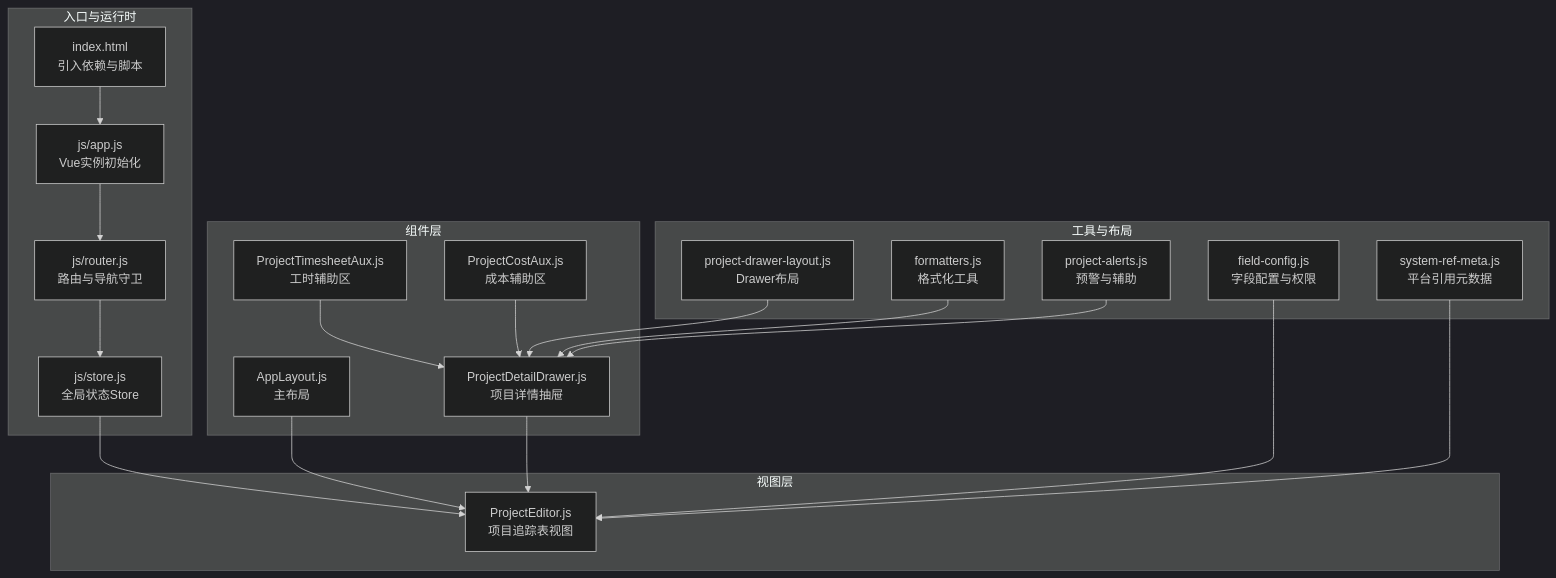
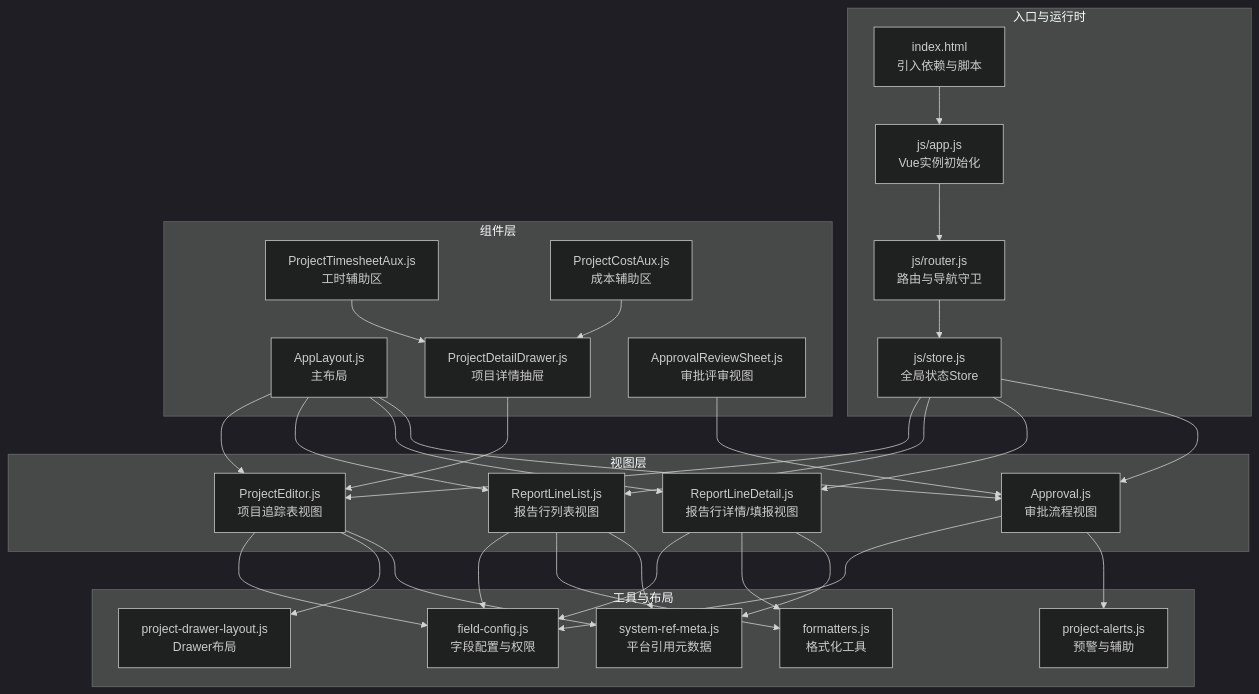
Before and after one commit to marcelxu0272/202605_project-tracking-table: the first of 11 diagrams in .qoder/repowiki/zh/content/前端架构/组件系统/组件系统.md, drawn with Mermaid (dark theme). The commit also changed other lines of this file and 17 other files, not shown here.

````diff
--- a/.qoder/repowiki/zh/content/前端架构/组件系统/组件系统.md
+++ b/.qoder/repowiki/zh/content/前端架构/组件系统/组件系统.md
@@ -56,36 +63,53 @@
 ```mermaid
 graph TB
 subgraph "入口与运行时"
 A["index.html<br/>引入依赖与脚本"]
 B["js/app.js<br/>Vue实例初始化"]
 C["js/router.js<br/>路由与导航守卫"]
 D["js/store.js<br/>全局状态Store"]
 end
 subgraph "组件层"
 E["AppLayout.js<br/>主布局"]
 F["ProjectDetailDrawer.js<br/>项目详情抽屉"]
 G["ProjectTimesheetAux.js<br/>工时辅助区"]
 H["ProjectCostAux.js<br/>成本辅助区"]
+I["ApprovalReviewSheet.js<br/>审批评审视图"]
 end
 subgraph "视图层"
-I["ProjectEditor.js<br/>项目追踪表视图"]
+J["ProjectEditor.js<br/>项目追踪表视图"]
+K["ReportLineList.js<br/>报告行列表视图"]
+L["ReportLineDetail.js<br/>报告行详情/填报视图"]
+M["Approval.js<br/>审批流程视图"]
 end
 subgraph "工具与布局"
-J["project-drawer-layout.js<br/>Drawer布局"]
-K["field-config.js<br/>字段配置与权限"]
-L["formatters.js<br/>格式化工具"]
-M["project-alerts.js<br/>预警与辅助"]
-N["system-ref-meta.js<br/>平台引用元数据"]
+N["project-drawer-layout.js<br/>Drawer布局"]
+O["field-config.js<br/>字段配置与权限"]
+P["formatters.js<br/>格式化工具"]
+Q["project-alerts.js<br/>预警与辅助"]
+R["system-ref-meta.js<br/>平台引用元数据"]
 end
 A --> B --> C --> D
-D --> I
-E --> I
-F --> I
+D --> J
+D --> K
+D --> L
+D --> M
+E --> J
+E --> K
+E --> L
+E --> M
+F --> J
 G --> F
 H --> F
-J --> F
-K --> I
-L --> F
-M --> F
-N --> I
+I --> M
+J --> O
+K --> O
+L --> O
+M --> O
+J --> N
+K --> P
+L --> P
+M --> Q
+J --> R
+K --> R
+L --> R
 ```
````
